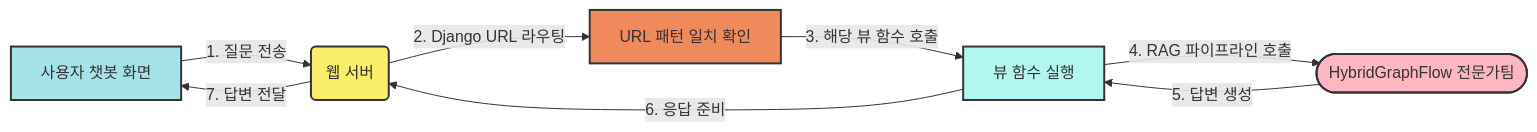
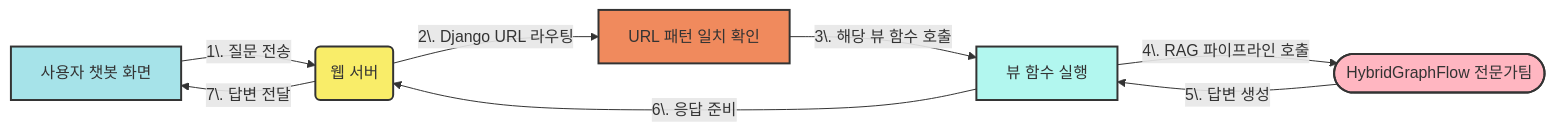
Before and after one commit to SKNETWORKS-FAMILY-AICAMP/SKN10-4th-1Team: the first of 2 diagrams in tutorial/06_api_엔드포인트__django_뷰___url__.md, drawn with Mermaid.

````diff
--- a/tutorial/06_api_엔드포인트__django_뷰___url__.md
+++ b/tutorial/06_api_엔드포인트__django_뷰___url__.md
@@ -24,17 +24,15 @@
 ```mermaid
-graph LR
-    A[사용자 챗봇 화면] -->|1. 질문 전송| B(웹 서버)
-    B -->|2. Django URL 라우팅| C[URL 패턴 일치 확인]
-    C -->|3. 해당 뷰 함수 호출| D[뷰 함수 실행]
-    D -->|4. RAG 파이프라인 호출| E([HybridGraphFlow 전문가팀])
-    E -->|5. 답변 생성| D
-    D -->|6. 응답 준비| B
-    B -->|7. 답변 전달| A
-
-    style A fill:#A6E3E9,stroke:#333,stroke-width:2px
-    style B fill:#F9ED69,stroke:#333,stroke-width:2px
-    style C fill:#F08A5D,stroke:#333,stroke-width:2px
-    style D fill:#B2F7EF,stroke:#333,stroke-width:2px
-    style E fill:#FFB6C1,stroke:#333,stroke-width:2px
-
+flowchart LR
+    A["사용자 챗봇 화면"] -- "1\. 질문 전송" --> B("웹 서버")
+    B -- "2\. Django URL 라우팅" --> C["URL 패턴 일치 확인"]
+    C -- "3\. 해당 뷰 함수 호출" --> D["뷰 함수 실행"]
+    D -- "4\. RAG 파이프라인 호출" --> E(["HybridGraphFlow 전문가팀"])
+    E -- "5\. 답변 생성" --> D
+    D -- "6\. 응답 준비" --> B
+    B -- "7\. 답변 전달" --> A
+    style A fill:#A6E3E9,stroke:#333,stroke-width:2px
+    style B fill:#F9ED69,stroke:#333,stroke-width:2px
+    style C fill:#F08A5D,stroke:#333,stroke-width:2px
+    style D fill:#B2F7EF,stroke:#333,stroke-width:2px
+    style E fill:#FFB6C1,stroke:#333,stroke-width:2px
 ```
````
